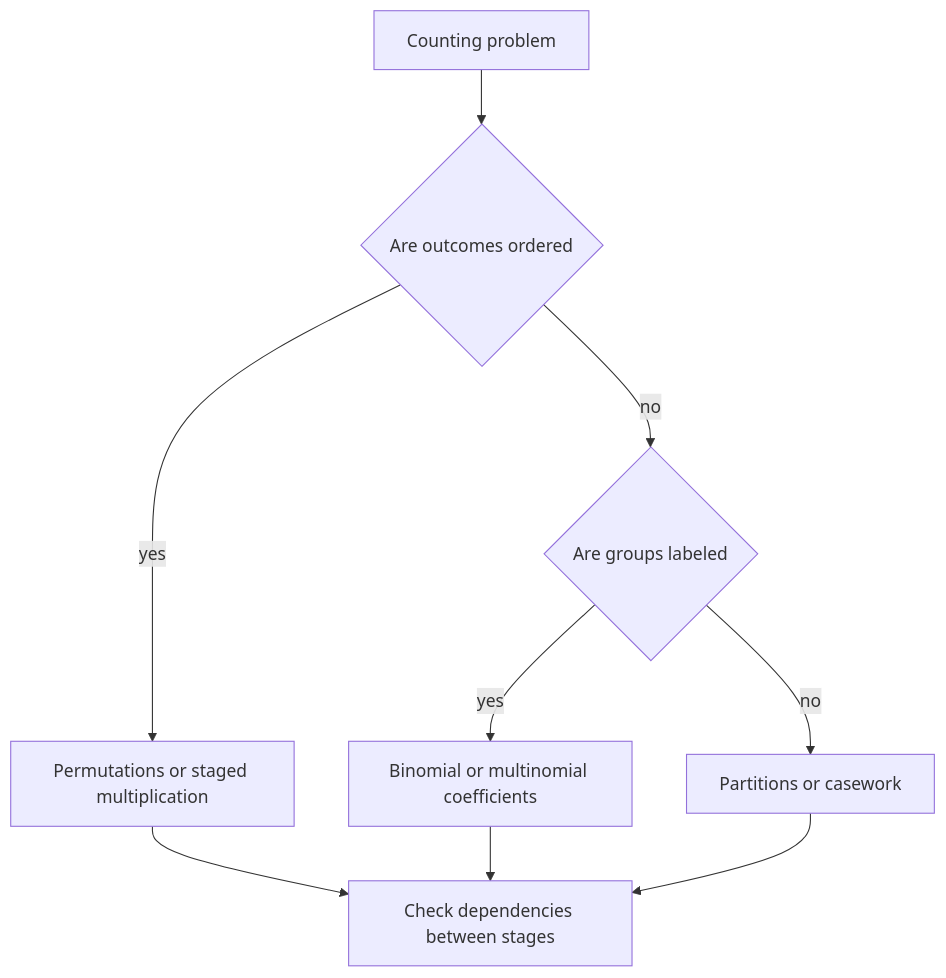
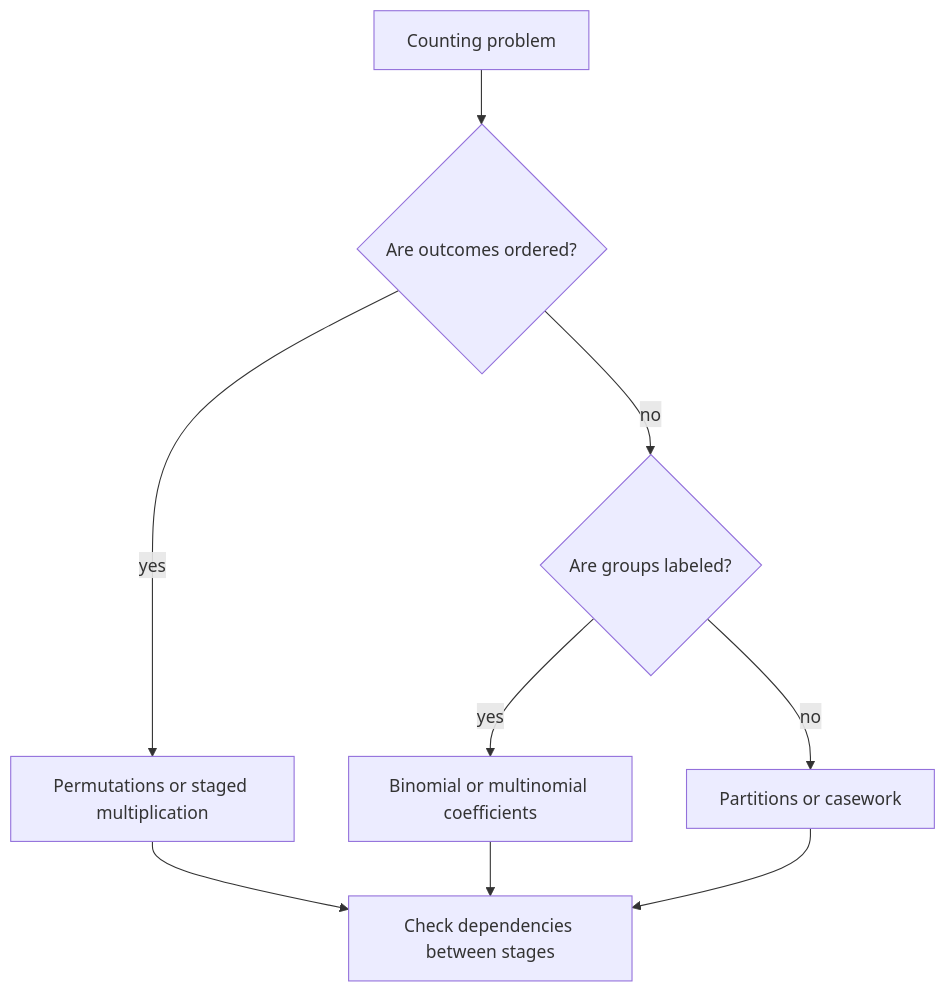
One commit to justinbrianhwang/SJ-wiki changed the diagram in docs/math/probability-and-random-variables/counting-and-combinatorics.md. Above: the diagram before and after it, drawn with Mermaid. The commit also changed other lines of this file and 955 other files, not shown here.

````diff
--- a/docs/math/probability-and-random-variables/counting-and-combinatorics.md
+++ b/docs/math/probability-and-random-variables/counting-and-combinatorics.md
@@ -98,11 +50,11 @@
 ```mermaid
 graph TD
-  A["Counting problem"] --> B{"Are outcomes ordered"}
+  A["Counting problem"] --> B{"Are outcomes ordered?"}
   B -->|"yes"| C["Permutations or staged multiplication"]
-  B -->|"no"| D{"Are groups labeled"}
+  B -->|"no"| D{"Are groups labeled?"}
   D -->|"yes"| E["Binomial or multinomial coefficients"]
   D -->|"no"| F["Partitions or casework"]
   C --> G["Check dependencies between stages"]
   E --> G
   F --> G
 ```
````
